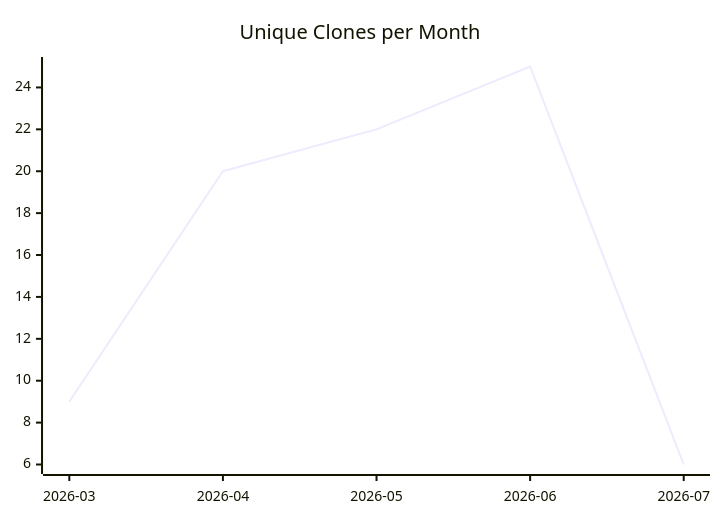
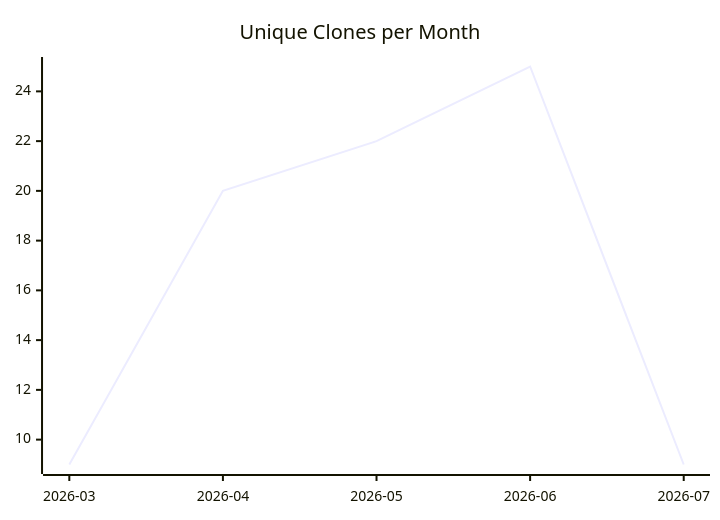
The third of 3 diagrams in karlmdavis/kxml2/README.md (justdavis-family/github-analytics-data), drawn with Mermaid before and after one commit. The commit also changed other lines of this file and 169 other files, not shown here.

````diff
--- a/karlmdavis/kxml2/README.md
+++ b/karlmdavis/kxml2/README.md
@@ -19,6 +19,6 @@
 ```mermaid
 xychart-beta
   title "Unique Clones per Month"
   x-axis ["2026-03", "2026-04", "2026-05", "2026-06", "2026-07"]
-  line [9, 20, 22, 25, 6]
+  line [9, 20, 22, 25, 9]
 ```
````
